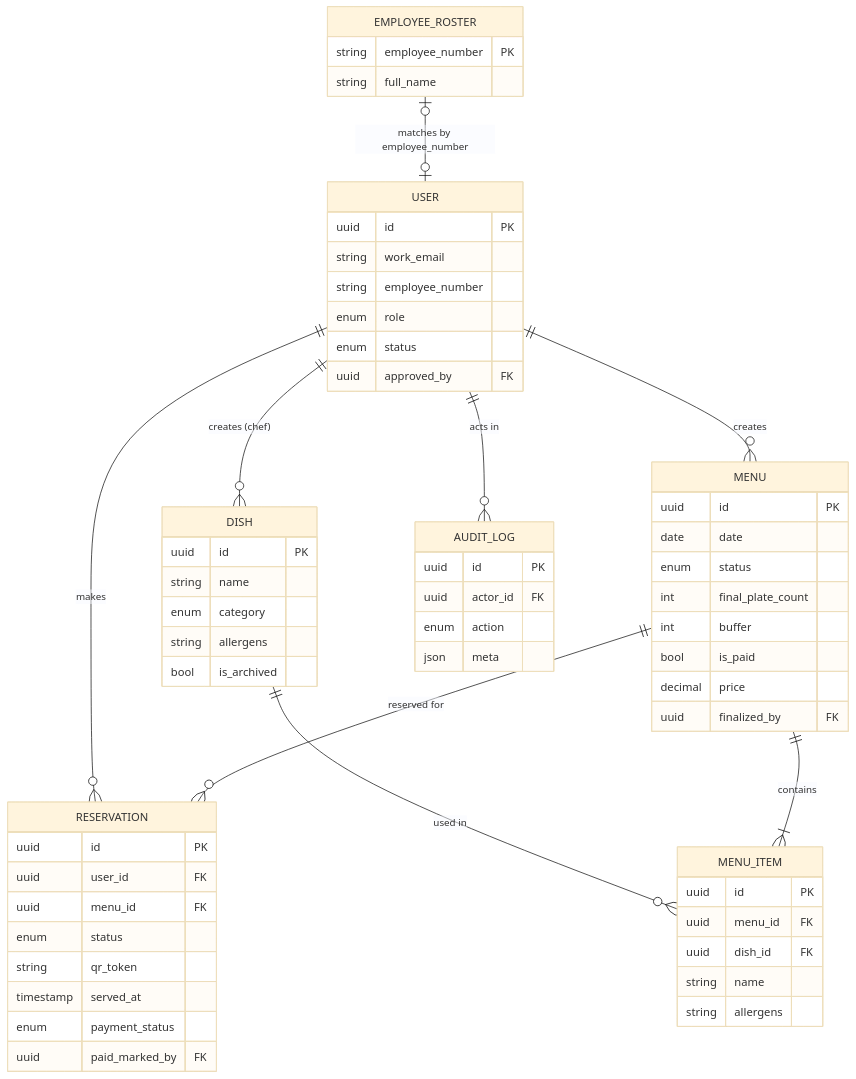
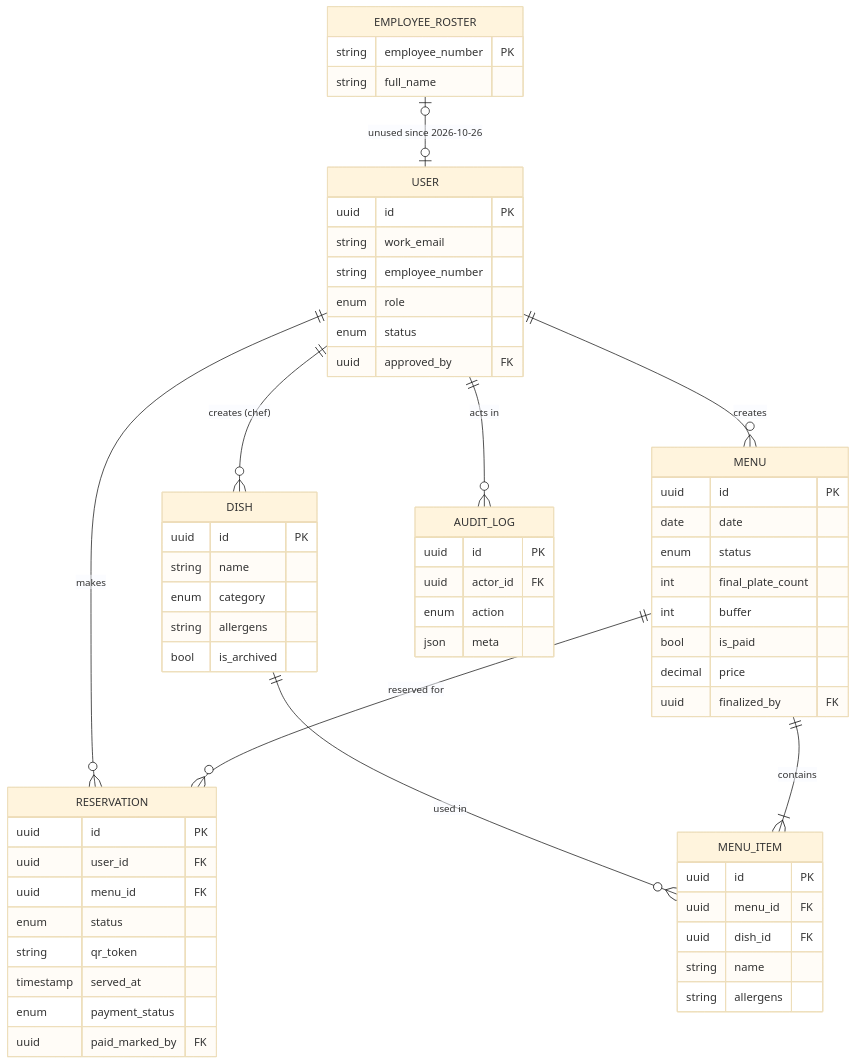
One commit to ahmeds1001/app-canteen changed the first of 4 diagrams in docs/cahier-des-charges.md. Above: the diagram before and after it, drawn with Mermaid (base theme). The commit also changed other lines of this file and 24 other files, not shown here.

First line of the commit message:
HR enters the employee number at approval, not the employee

````diff
--- a/docs/cahier-des-charges.md
+++ b/docs/cahier-des-charges.md
@@ -430,64 +430,64 @@
 ```mermaid
 erDiagram
     USER ||--o{ RESERVATION : makes
     USER ||--o{ DISH : "creates (chef)"
     DISH ||--o{ MENU_ITEM : "used in"
     MENU ||--|{ MENU_ITEM : contains
     MENU ||--o{ RESERVATION : "reserved for"
     USER ||--o{ AUDIT_LOG : "acts in"
     USER ||--o{ MENU : creates
-    EMPLOYEE_ROSTER |o--o| USER : "matches by employee_number"
+    EMPLOYEE_ROSTER |o--o| USER : "unused since 2026-10-26"
 
     USER {
         uuid id PK
         string work_email
         string employee_number
         enum role
         enum status
         uuid approved_by FK
     }
     EMPLOYEE_ROSTER {
         string employee_number PK
         string full_name
     }
     DISH {
         uuid id PK
         string name
         enum category
         string allergens
         bool is_archived
     }
     MENU {
         uuid id PK
         date date
         enum status
         int final_plate_count
         int buffer
         bool is_paid
         decimal price
         uuid finalized_by FK
     }
     MENU_ITEM {
         uuid id PK
         uuid menu_id FK
         uuid dish_id FK
         string name
         string allergens
     }
     RESERVATION {
         uuid id PK
         uuid user_id FK
         uuid menu_id FK
         enum status
         string qr_token
         timestamp served_at
         enum payment_status
         uuid paid_marked_by FK
     }
     AUDIT_LOG {
         uuid id PK
         uuid actor_id FK
         enum action
         json meta
     }
 ```
````
